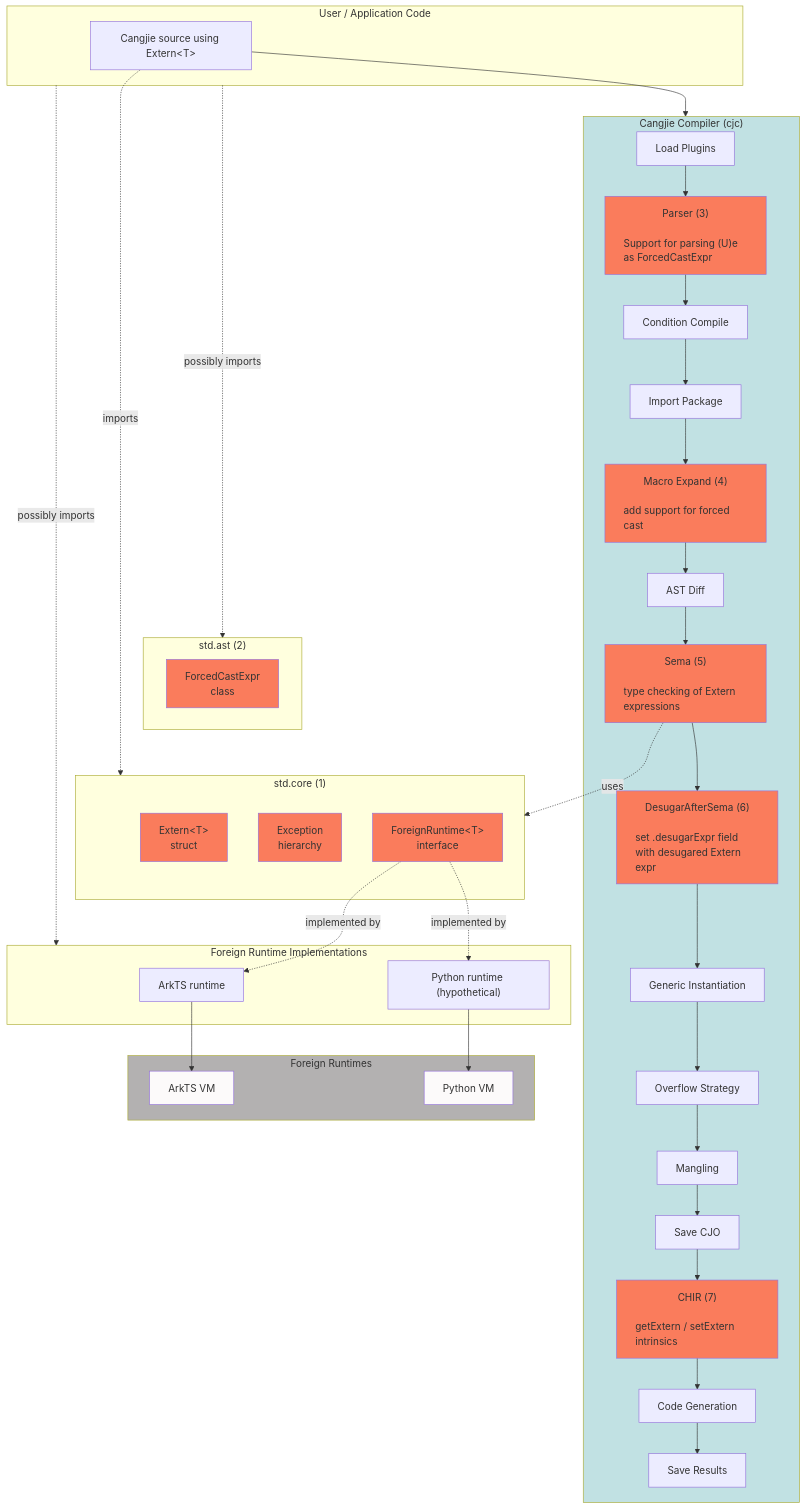
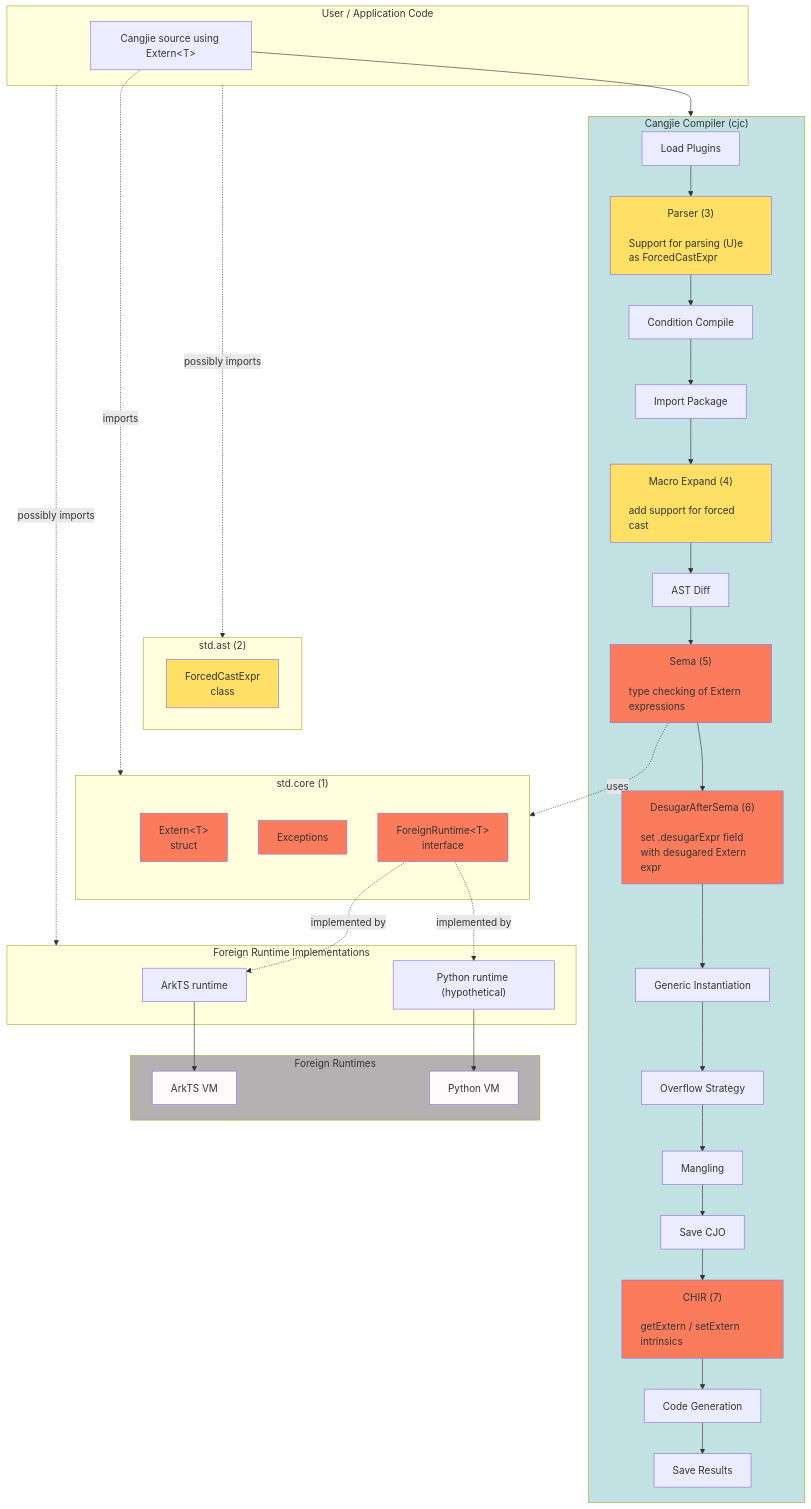
Before and after one commit to CJPLUK/cangjie_extern: the diagram in docs/extern_architecture_simple_model.md, drawn with Mermaid. The commit also changed other lines of this file, not shown here.

Commit message:
forced cast moved into a dedicated section

````diff
--- a/docs/extern_architecture_simple_model.md
+++ b/docs/extern_architecture_simple_model.md
@@ -73,72 +75,72 @@
 ```mermaid
 flowchart TB
     subgraph UserCode["User / Application Code"]
         UC["Cangjie source using Extern&lt;T&gt;"]
     end
 
     subgraph Compiler["Cangjie Compiler (cjc)"]
         LoadPlugin["Load Plugins"]
         Parser["Parser (3)<br/><br/><p style='text-align:left'>Support for parsing (U)e as ForcedCastExpr</p>"]
         ConditionCompile["Condition Compile"]
         ImportPackage["Import Package"]
         MacroExpand["Macro Expand (4)<br/><br/><p style='text-align:left'>add support for forced cast</p>"]
         ASTDiff["AST Diff"]
         Sema["Sema (5)<br/><br/><p style='text-align:left'>type checking of Extern expressions</p>"]
         DesugarAfterSema["DesugarAfterSema (6)<br/><br/><p style='text-align:left'>set .desugarExpr field with desugared Extern expr</p>"]
         GenericInstantiation["Generic Instantiation"]
         OverflowStrategy["Overflow Strategy"]
         Mangling["Mangling"]
         SaveCJO["Save CJO"]
         CHIR["CHIR (7)<br/><br/><p style='text-align:left'>getExtern / setExtern intrinsics</p>"]
         CodeGen["Code Generation"]
         SaveResults["Save Results"]
-        style Parser fill:#fa7c5c
-        style MacroExpand fill:#fa7c5c
+        style Parser fill:#ffe066
+        style MacroExpand fill:#ffe066
         style DesugarAfterSema fill:#fa7c5c
         style CHIR fill:#fa7c5c
         style Sema fill:#fa7c5c
     end
 
     subgraph StdAST["std.ast (2)"]
         ForcedCastExpr["ForcedCastExpr<br/>class"]
-        style ForcedCastExpr fill:#fa7c5c
+        style ForcedCastExpr fill:#ffe066
     end
 
     subgraph StdCore["std.core (1)"]
         ExternType["Extern&lt;T&gt;<br/>struct"]
-        Exc["Exception<br/>hierarchy"]
+        Exc["Exceptions"]
         FRT["ForeignRuntime&lt;T&gt;<br/>interface"]
         style ExternType fill:#fa7c5c
         style Exc fill:#fa7c5c
         style FRT fill:#fa7c5c
     end
 
     subgraph RuntimeImpl["Foreign&nbsp;Runtime&nbsp;Implementations"]
         ArkTS["ArkTS runtime"]
         Python["Python runtime (hypothetical)"]
     end
 
     subgraph ForeignVM["Foreign Runtimes"]
         ArkVM["ArkTS VM"]
         PyVM["Python VM"]
         style ArkVM fill: #fcfafa
         style PyVM fill: #fcfafa
     end
 
     UserCode -.-> |"possibly imports"| StdAST
     StdAST ~~~ StdCore
     UC --> Compiler
     LoadPlugin --> Parser --> ConditionCompile --> ImportPackage --> MacroExpand
     MacroExpand --> ASTDiff --> Sema --> DesugarAfterSema --> GenericInstantiation
     GenericInstantiation --> OverflowStrategy --> Mangling --> SaveCJO
     SaveCJO --> CHIR --> CodeGen --> SaveResults
     Sema -.->|"uses"| StdCore
     UC -.-> |"imports"| StdCore
     ArkTS --> ArkVM
     Python --> PyVM
     FRT -.->|"implemented by"| ArkTS
     FRT -.->|"implemented by"| Python
     UserCode -.-> |"possibly imports"| RuntimeImpl
     style ForeignVM fill:#b3b1b1
     style Compiler fill:#c1e1e3
 ```
````
